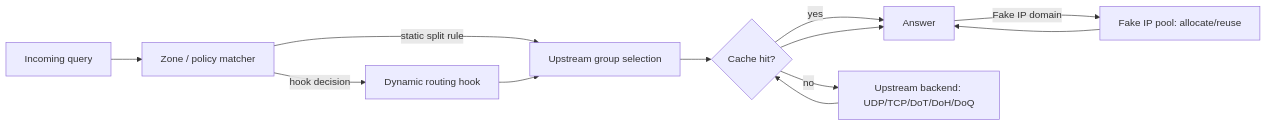
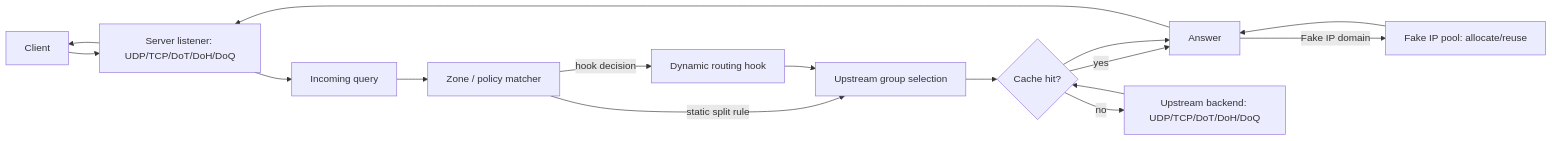
The first of 2 diagrams in ARCHITECTURE.md (F000NKKK/dns-lattice), drawn with Mermaid before and after one commit. The commit also changed other lines of this file and 3 other files, not shown here.

````diff
--- a/ARCHITECTURE.md
+++ b/ARCHITECTURE.md
@@ -91,14 +121,18 @@
 ```mermaid
 flowchart LR
-    Query[Incoming query] --> Match[Zone / policy matcher]
+    Client[Client] --> Listener[Server listener: UDP/TCP/DoT/DoH/DoQ]
+    Listener --> Query[Incoming query]
+    Query --> Match[Zone / policy matcher]
     Match -->|hook decision| Hook[Dynamic routing hook]
     Match -->|static split rule| Route[Upstream group selection]
     Hook --> Route
     Route --> Cache{Cache hit?}
     Cache -->|yes| Answer[Answer]
     Cache -->|no| Upstream[Upstream backend: UDP/TCP/DoT/DoH/DoQ]
     Upstream --> Cache
     Cache --> Answer
     Answer -->|Fake IP domain| FakeIP[Fake IP pool: allocate/reuse]
     FakeIP --> Answer
+    Answer --> Listener
+    Listener --> Client
 ```
````
